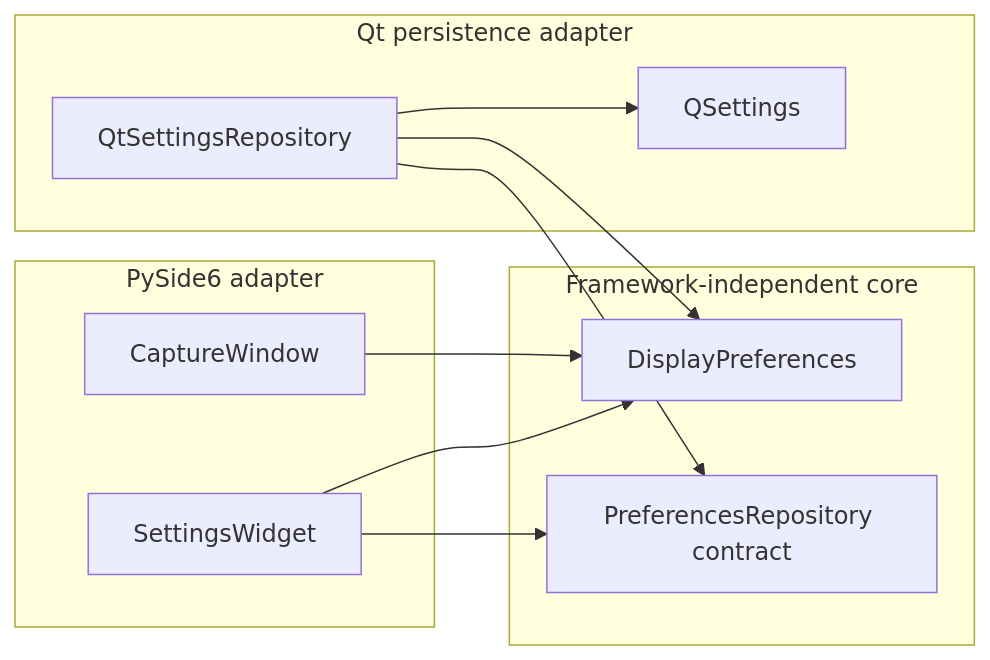
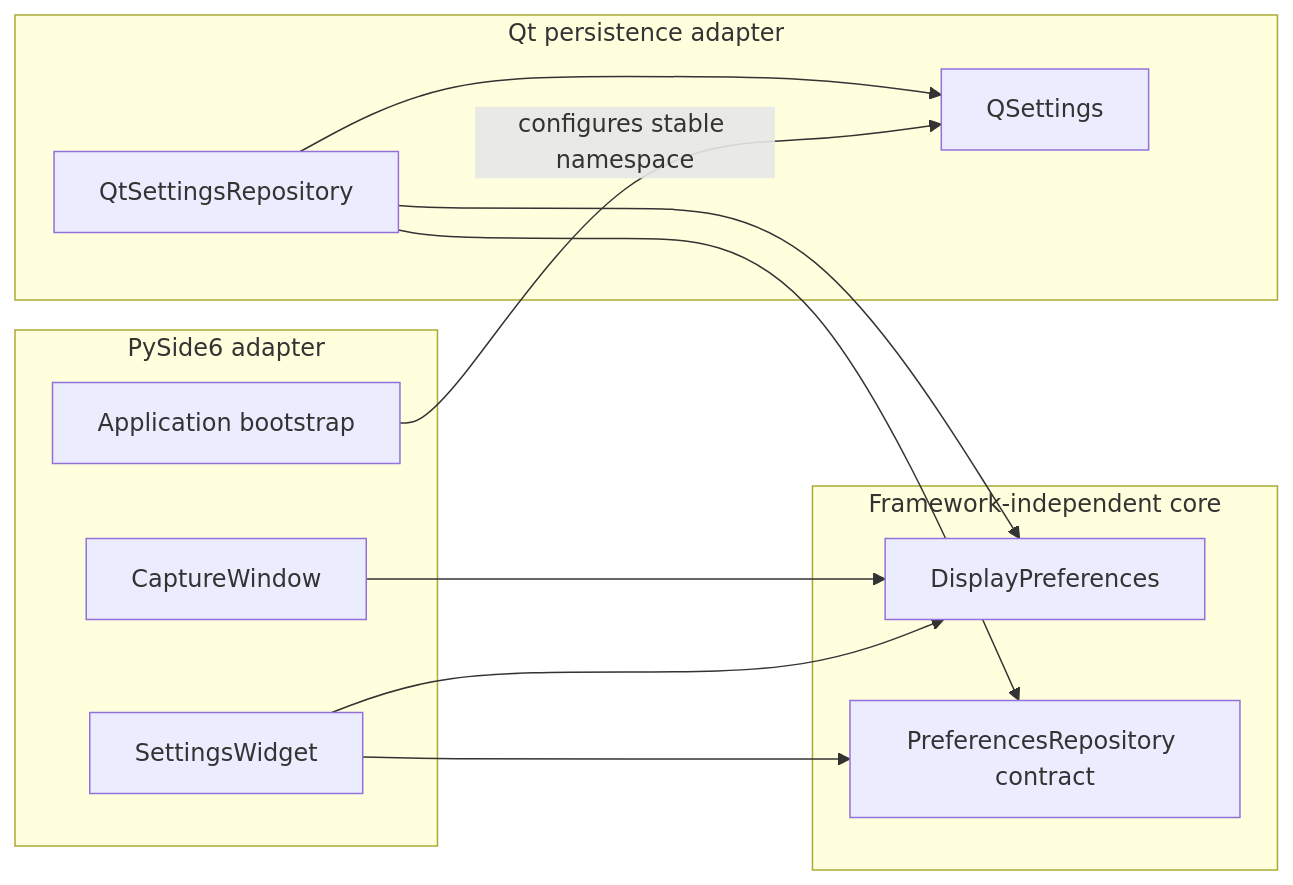
Before and after one commit to benoit-bremaud/can-sniffer: the diagram in docs/architecture/diagrams/display-settings/03-component.md, drawn with Mermaid. The commit also changed other lines of this file and 2 other files, not shown here.

Commit message:
docs(settings): address PR 27 review feedback
Define the stable QSettings namespace and numeric precision semantics. Document the persisted values of IdentifierFormat members in the class diagram.

````diff
--- a/docs/architecture/diagrams/display-settings/03-component.md
+++ b/docs/architecture/diagrams/display-settings/03-component.md
@@ -13,24 +13,26 @@
 ```mermaid
 flowchart LR
     subgraph Domain[Framework-independent core]
         Model[DisplayPreferences]
         Contract[PreferencesRepository contract]
     end
 
     subgraph UI[PySide6 adapter]
+        Bootstrap[Application bootstrap]
         Window[CaptureWindow]
         Settings[SettingsWidget]
     end
 
     subgraph Persistence[Qt persistence adapter]
         QStore[QtSettingsRepository]
         QSettings[QSettings]
     end
 
     Settings --> Model
     Settings --> Contract
     Window --> Model
+    Bootstrap -->|"configures stable namespace"| QSettings
     QStore --> Contract
     QStore --> Model
     QStore --> QSettings
 ```
````
